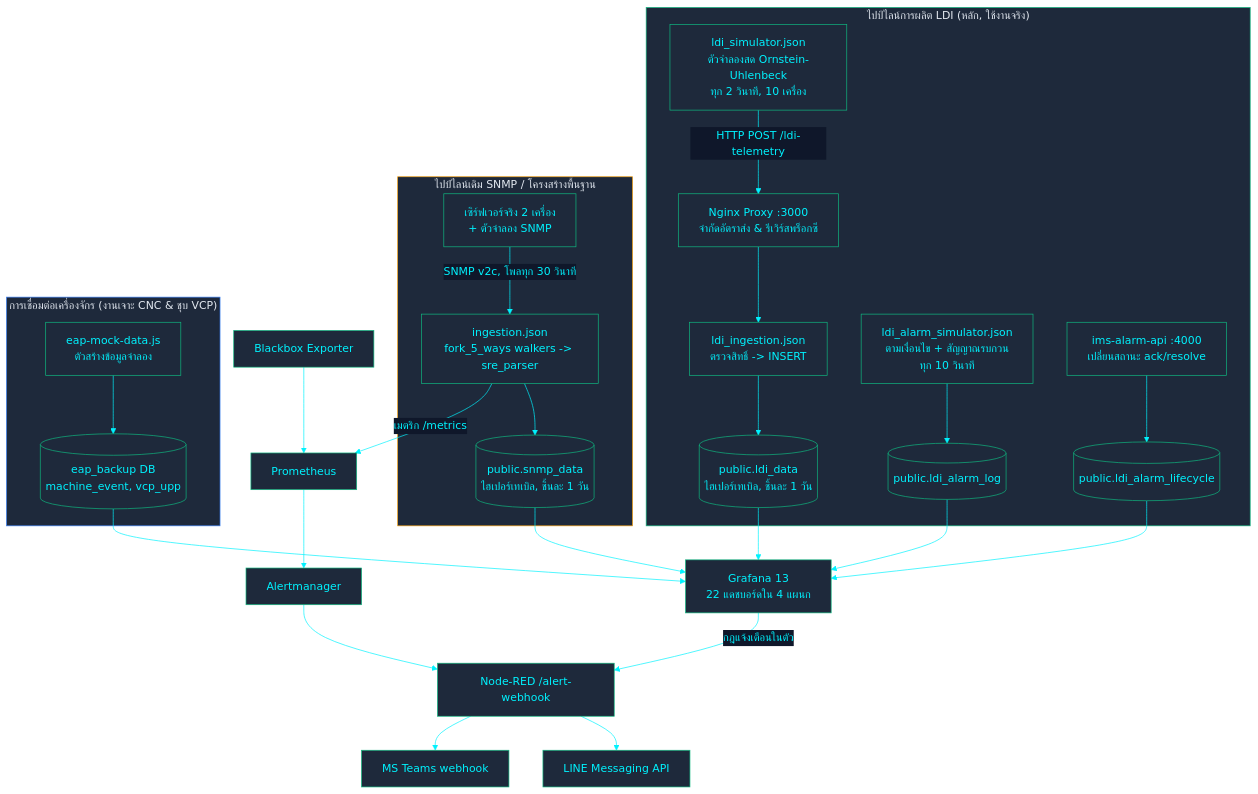
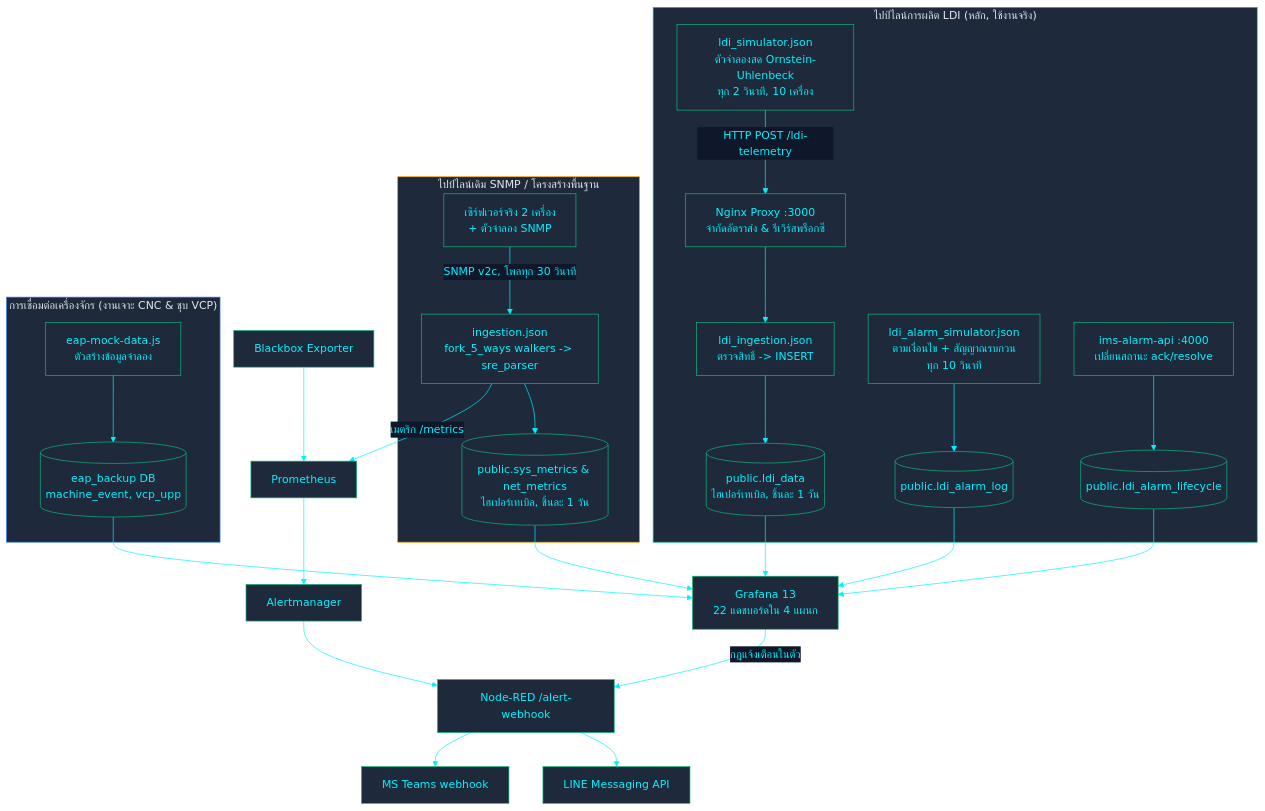
One commit to PATTANAKORN025/IMS changed the diagram in th/docs/architecture/ARCHITECTURE.md. Above: the diagram before and after it, drawn with Mermaid. The commit also changed 19 other files, not shown here.

First line of the commit message:
docs(architecture): eliminate phantom snmp_data and align diagrams with true schema

````diff
--- a/th/docs/architecture/ARCHITECTURE.md
+++ b/th/docs/architecture/ARCHITECTURE.md
@@ -28,36 +28,36 @@
 ```mermaid
 %%{init: {'theme': 'base', 'themeVariables': { 'primaryColor': '#1e293b', 'primaryTextColor': '#00F2FE', 'primaryBorderColor': '#10B981', 'lineColor': '#00F2FE', 'secondaryColor': '#0f172a', 'tertiaryColor': '#0f172a', 'clusterBkg': '#030407', 'clusterBorder': '#00F2FE'}}}%%
 flowchart TB
  subgraph LDI ["ไปป์ไลน์การผลิต LDI (หลัก, ใช้งานจริง)"]
   SIM["ldi_simulator.json\nตัวจำลองสด Ornstein-Uhlenbeck\nทุก 2 วินาที, 10 เครื่อง"] -->|"HTTP POST /ldi-telemetry"| PROXY["Nginx Proxy :3000\nจำกัดอัตราส่ง & รีเวิร์สพร็อกซี"]
   PROXY --> ING["ldi_ingestion.json\nตรวจสิทธิ์ -> INSERT"]
   ING --> LDIDATA[("public.ldi_data\nไฮเปอร์เทเบิล, ชิ้นละ 1 วัน")]
   ALMSIM["ldi_alarm_simulator.json\nตามเงื่อนไข + สัญญาณรบกวน\nทุก 10 วินาที"] --> ALARMLOG[("public.ldi_alarm_log")]
   ALARMAPI["ims-alarm-api :4000\nเปลี่ยนสถานะ ack/resolve"] --> ALARMLC[("public.ldi_alarm_lifecycle")]
  end
 
  subgraph LEGACY ["ไปป์ไลน์เดิม SNMP / โครงสร้างพื้นฐาน"]
   DEV["เซิร์ฟเวอร์จริง 2 เครื่อง\n+ ตัวจำลอง SNMP"] -->|"SNMP v2c, โพลทุก 30 วินาที"| NR["ingestion.json\nfork_5_ways walkers -> sre_parser"]
-  NR --> SNMPDATA[("public.snmp_data\nไฮเปอร์เทเบิล, ชิ้นละ 1 วัน")]
+  NR --> SNMPDATA[("public.sys_metrics & net_metrics\nไฮเปอร์เทเบิล, ชิ้นละ 1 วัน")]
  end
 
  subgraph EAP ["การเชื่อมต่อเครื่องจักร (งานเจาะ CNC & ชุบ VCP)"]
   MOCK["eap-mock-data.js\nตัวสร้างข้อมูลจำลอง"] --> EAPDB[("eap_backup DB\nmachine_event, vcp_upp")]
  end
 
  LDIDATA --> GRAFANA["Grafana 13\n22 แดชบอร์ดใน 4 แผนก"]
  ALARMLOG --> GRAFANA
  ALARMLC --> GRAFANA
  SNMPDATA --> GRAFANA
  EAPDB --> GRAFANA
  NR -->|"เมตริก /metrics"| PROM["Prometheus"]
  BBOX["Blackbox Exporter"] --> PROM
  GRAFANA -->|"กฎแจ้งเตือนในตัว"| NRWEBHOOK["Node-RED /alert-webhook"]
  PROM --> AM["Alertmanager"] --> NRWEBHOOK
  NRWEBHOOK --> LINE["LINE Messaging API"]
  NRWEBHOOK --> TEAMS["MS Teams webhook"]
 
  style LDI fill:#1e293b,stroke:#10B981,color:#e2e8f0
  style LEGACY fill:#1e293b,stroke:#F59E0B,color:#e2e8f0
  style EAP fill:#1e293b,stroke:#3B82F6,color:#e2e8f0
 ```
````
